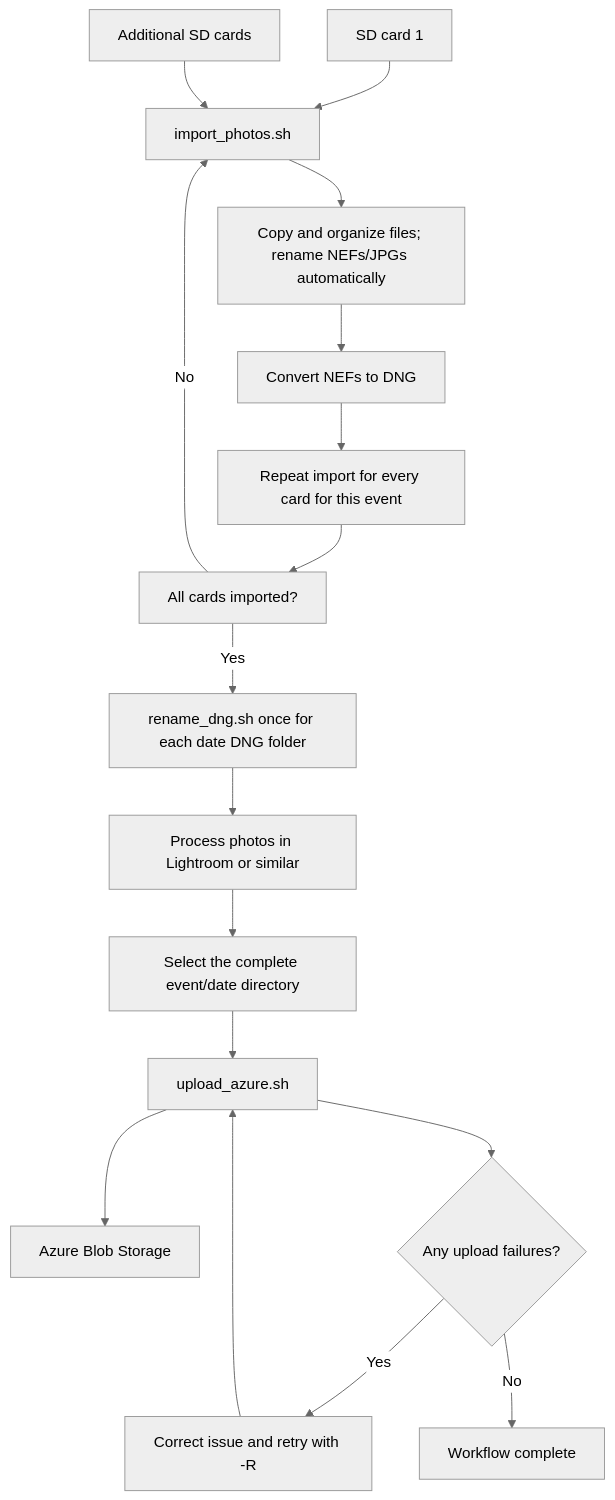
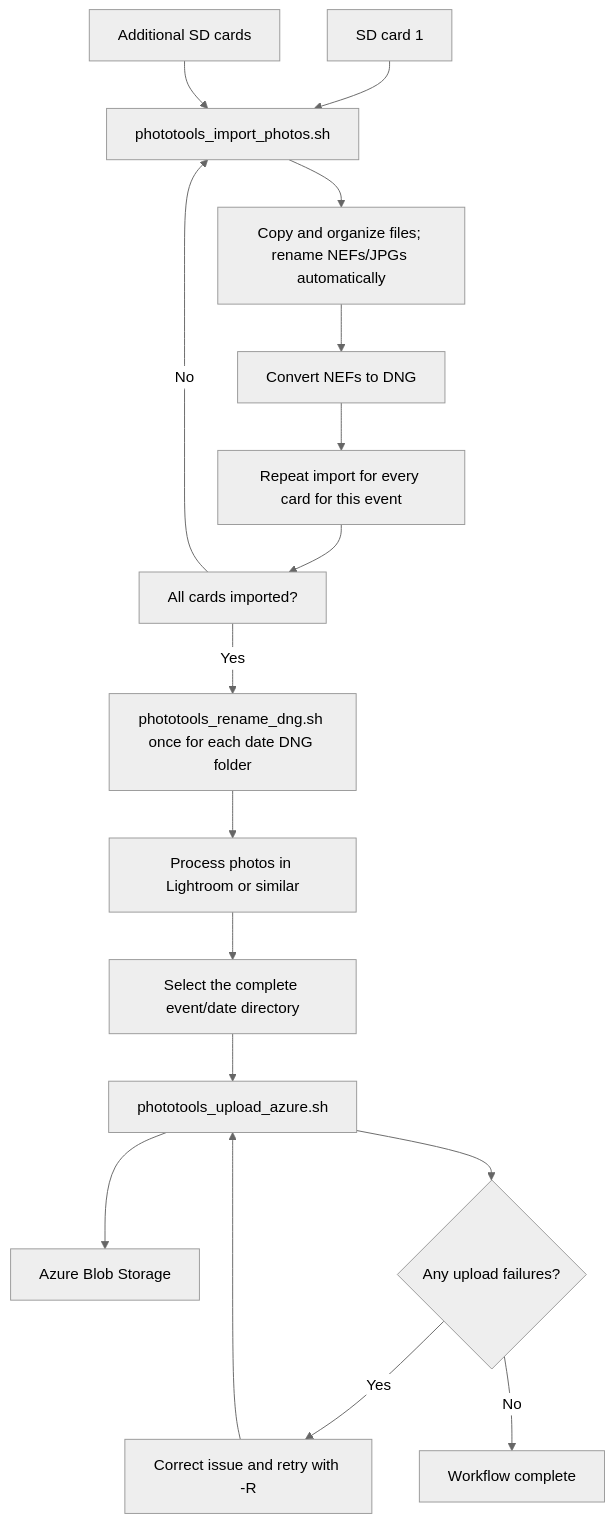
The diagram in README.md (rpsedlak/photo-tools), drawn with Mermaid (neutral theme) before and after one commit. The commit also changed other lines of this file and 13 other files, not shown here.

````diff
--- a/README.md
+++ b/README.md
@@ -56,19 +56,19 @@
 ```mermaid
 flowchart TD
-    A[SD card 1] --> B[import_photos.sh]
+    A[SD card 1] --> B[phototools_import_photos.sh]
     C[Additional SD cards] --> B
     B --> D[Copy and organize files; rename NEFs/JPGs automatically]
     D --> E[Convert NEFs to DNG]
     E --> F[Repeat import for every card for this event]
     F --> G[All cards imported?]
     G -- No --> B
-    G -- Yes --> H[rename_dng.sh once for each date DNG folder]
+    G -- Yes --> H[phototools_rename_dng.sh once for each date DNG folder]
     H --> I[Process photos in Lightroom or similar]
     I --> J[Select the complete event/date directory]
-    J --> K[upload_azure.sh]
+    J --> K[phototools_upload_azure.sh]
     K --> L[Azure Blob Storage]
     K --> M{Any upload failures?}
     M -- Yes --> N[Correct issue and retry with -R]
     N --> K
     M -- No --> O[Workflow complete]
 ```
````
